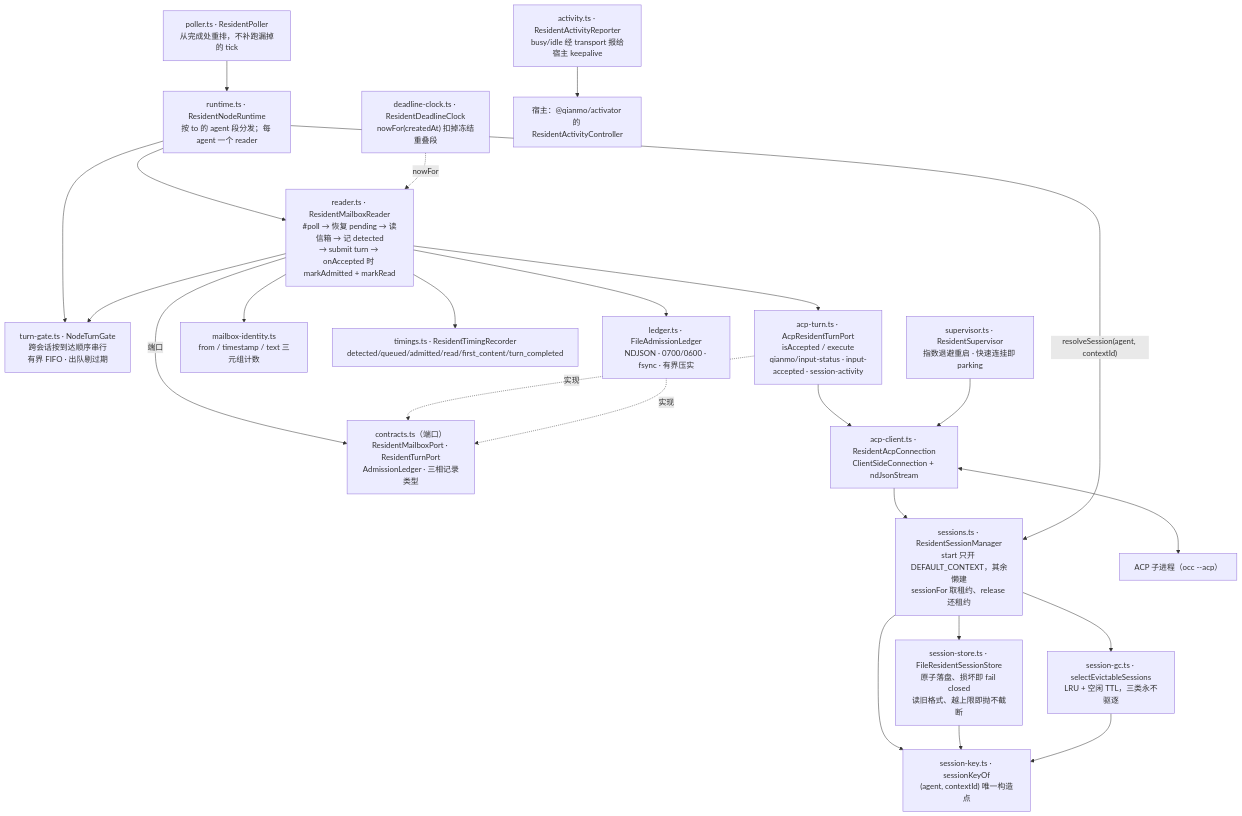
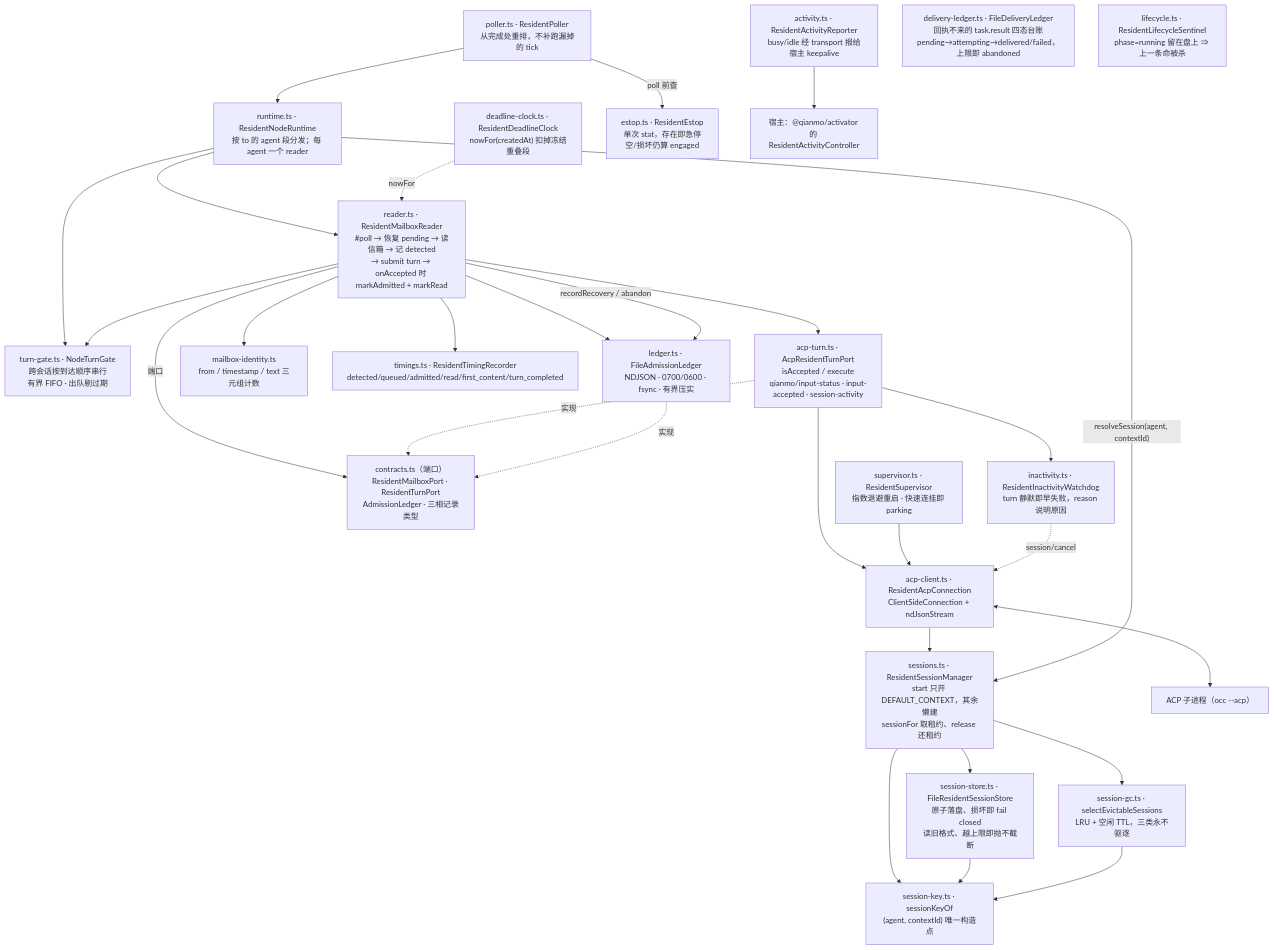
Before and after one commit to sweetcornna/atlas: the diagram in packages/resident/README.md, drawn with Mermaid. The commit also changed other lines of this file and 1 other file, not shown here.

First line of the commit message:
docs(resident): 定夺 wake 不产生 ack；README 补件套十一条不变式

````diff
--- a/packages/resident/README.md
+++ b/packages/resident/README.md
@@ -17,48 +17,58 @@
 ```mermaid
 flowchart TD
   poller["poller.ts · ResidentPoller<br/>从完成处重排，不补跑漏掉的 tick"]
   runtime["runtime.ts · ResidentNodeRuntime<br/>按 to 的 agent 段分发；每 agent 一个 reader"]
   gate["turn-gate.ts · NodeTurnGate<br/>跨会话按到达顺序串行<br/>有界 FIFO · 出队剔过期"]
   reader["reader.ts · ResidentMailboxReader<br/>#poll → 恢复 pending → 读信箱 → 记 detected<br/>→ submit turn → onAccepted 时 markAdmitted + markRead"]
   ledger["ledger.ts · FileAdmissionLedger<br/>NDJSON · 0700/0600 · fsync · 有界压实"]
   contracts["contracts.ts（端口）<br/>ResidentMailboxPort · ResidentTurnPort<br/>AdmissionLedger · 三相记录类型"]
   identity["mailbox-identity.ts<br/>from / timestamp / text 三元组计数"]
   timings["timings.ts · ResidentTimingRecorder<br/>detected/queued/admitted/read/first_content/turn_completed"]
   deadline["deadline-clock.ts · ResidentDeadlineClock<br/>nowFor(createdAt) 扣掉冻结重叠段"]
 
   turnport["acp-turn.ts · AcpResidentTurnPort<br/>isAccepted / execute<br/>qianmo/input-status · input-accepted · session-activity"]
   client["acp-client.ts · ResidentAcpConnection<br/>ClientSideConnection + ndJsonStream"]
   sessions["sessions.ts · ResidentSessionManager<br/>start 只开 DEFAULT_CONTEXT，其余懒建<br/>sessionFor 取租约、release 还租约"]
   key["session-key.ts · sessionKeyOf<br/>(agent, contextId) 唯一构造点"]
   gc["session-gc.ts · selectEvictableSessions<br/>LRU + 空闲 TTL，三类永不驱逐"]
   store["session-store.ts · FileResidentSessionStore<br/>原子落盘、损坏即 fail closed<br/>读旧格式、越上限即抛不截断"]
   supervisor["supervisor.ts · ResidentSupervisor<br/>指数退避重启 · 快速连挂即 parking"]
   activity["activity.ts · ResidentActivityReporter<br/>busy/idle 经 transport 报给宿主 keepalive"]
+
+  delivery["delivery-ledger.ts · FileDeliveryLedger<br/>回执不来的 task.result 四态台账<br/>pending→attempting→delivered/failed，上限即 abandoned"]
+  estop["estop.ts · ResidentEstop<br/>单次 stat，存在即急停<br/>空/损坏仍算 engaged"]
+  lifecycle["lifecycle.ts · ResidentLifecycleSentinel<br/>phase=running 留在盘上 ⇒ 上一条命被杀"]
+  inactivity["inactivity.ts · ResidentInactivityWatchdog<br/>turn 静默即早失败，reason 说明原因"]
 
   acp["ACP 子进程（occ --acp）"]
   host["宿主：@qianmo/activator 的 ResidentActivityController"]
 
   poller --> runtime
   runtime --> reader
   runtime --> gate
   reader --> gate
   reader --> ledger
   reader --> identity
   reader --> timings
   reader -->|端口| contracts
   turnport -.->|"实现"| contracts
   ledger -.->|"实现"| contracts
   reader --> turnport
   turnport --> client
   client --> sessions
   sessions --> store
   sessions --> key
   sessions --> gc
   store --> key
   gc --> key
   runtime -->|"resolveSession(agent, contextId)"| sessions
   supervisor --> client
   client <--> acp
   activity --> host
   deadline -.->|"nowFor"| reader
+
+  poller -->|"poll 前查"| estop
+  reader -->|"recordRecovery / abandon"| ledger
+  turnport --> inactivity
+  inactivity -.->|"session/cancel"| client
 ```
````
